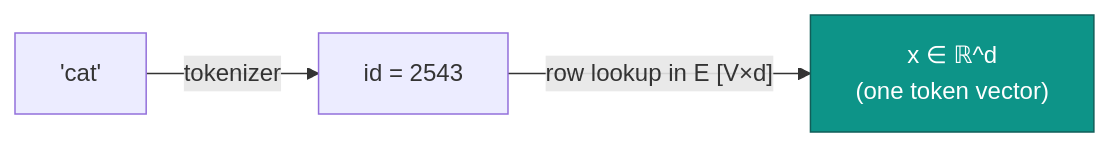
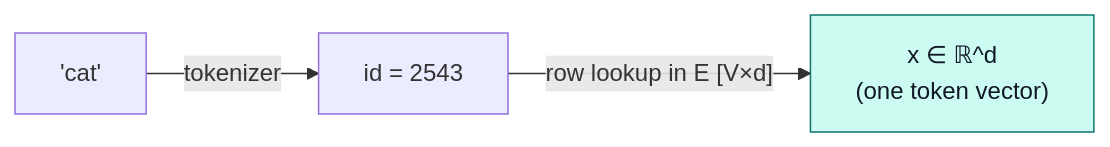
One commit to youyun8/deep-kernel-handbook changed the second of 10 diagrams in docs/foundations/transformer-from-scratch.md. Above: the diagram before and after it, drawn with Mermaid. The commit also changed other lines of this file and 10 other files, not shown here.

Commit message:
docs: fix diagram contrast and home title

````diff
--- a/docs/foundations/transformer-from-scratch.md
+++ b/docs/foundations/transformer-from-scratch.md
@@ -51,7 +51,7 @@
 ```mermaid
 flowchart LR
     TXT["'cat'"] -->|tokenizer| ID["id = 2543"]
     ID -->|"row lookup in E [V×d]"| VEC["x ∈ ℝ^d<br/>(one token vector)"]
     class VEC accTeal;
-    classDef accTeal fill:#0d9488,stroke:#115e59,color:#fff;
+    classDef accTeal fill:#ccfbf1,stroke:#0f766e,color:#111827;
 ```
````
